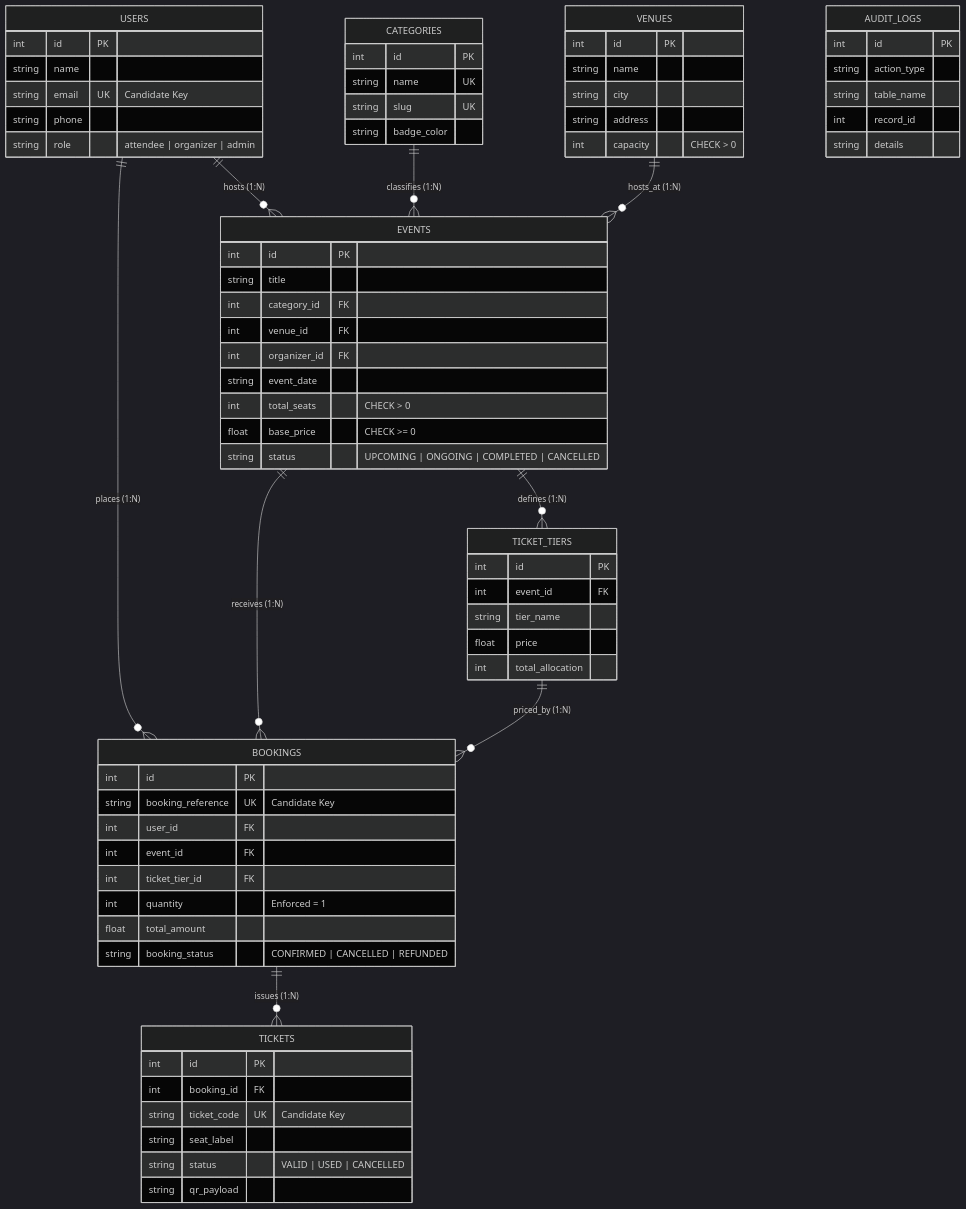
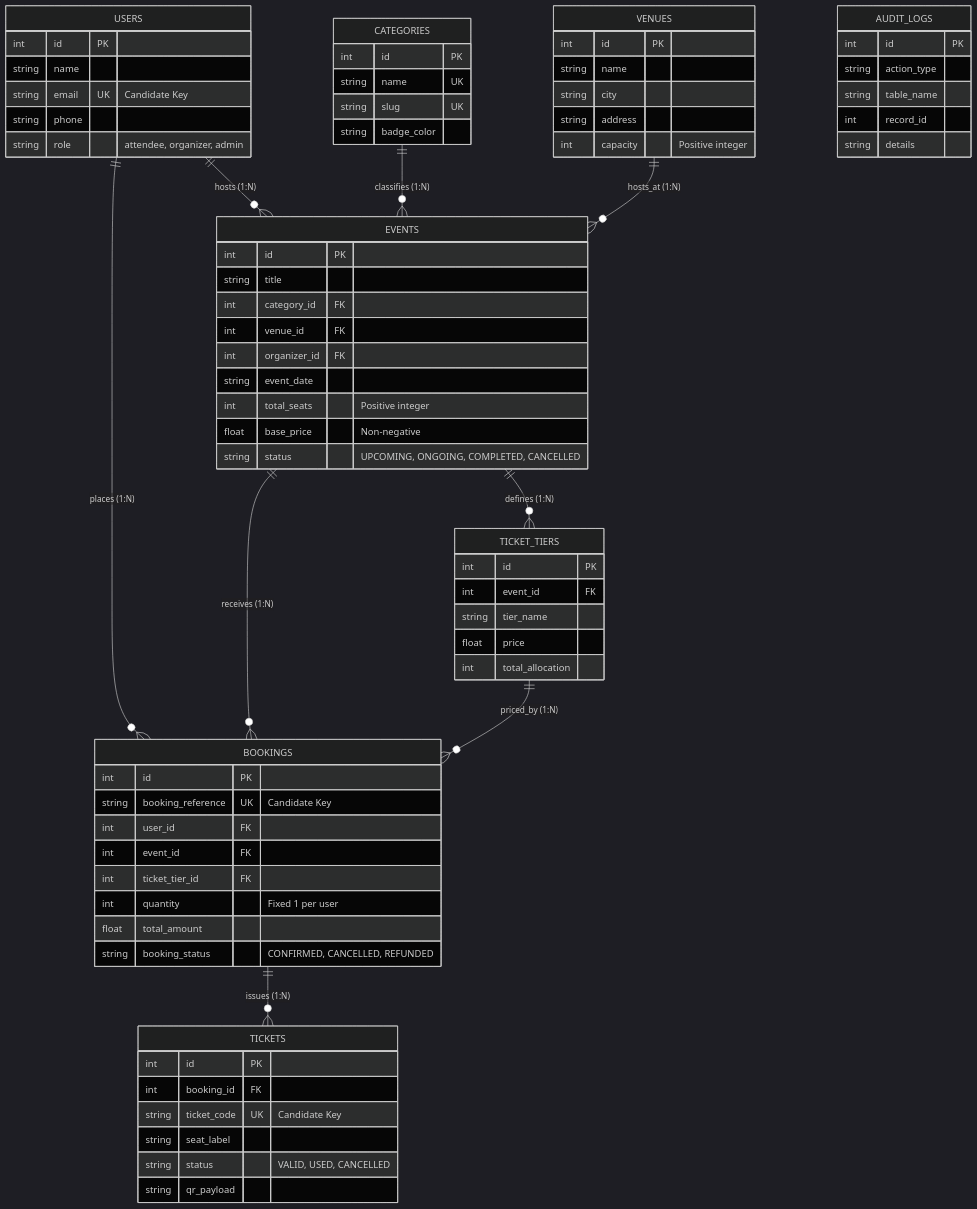
One commit to rawatishan07/EventSphere changed the second of 7 diagrams in README.md. Above: the diagram before and after it, drawn with Mermaid (dark theme). The commit also changed other lines of this file, not shown here.

Commit message:
docs: fix Mermaid syntax (<br/> -> \n, quoted edge labels, clean erDiagram strings) for GitHub rendering

````diff
--- a/README.md
+++ b/README.md
@@ -75,75 +75,75 @@
 ```mermaid
 erDiagram
     USERS ||--o{ EVENTS : "hosts (1:N)"
     CATEGORIES ||--o{ EVENTS : "classifies (1:N)"
     VENUES ||--o{ EVENTS : "hosts_at (1:N)"
     EVENTS ||--o{ TICKET_TIERS : "defines (1:N)"
     USERS ||--o{ BOOKINGS : "places (1:N)"
     EVENTS ||--o{ BOOKINGS : "receives (1:N)"
     TICKET_TIERS ||--o{ BOOKINGS : "priced_by (1:N)"
     BOOKINGS ||--o{ TICKETS : "issues (1:N)"
 
     USERS {
         int id PK
         string name
         string email UK "Candidate Key"
         string phone
-        string role "attendee | organizer | admin"
+        string role "attendee, organizer, admin"
     }
     CATEGORIES {
         int id PK
         string name UK
         string slug UK
         string badge_color
     }
     VENUES {
         int id PK
         string name
         string city
         string address
-        int capacity "CHECK > 0"
+        int capacity "Positive integer"
     }
     EVENTS {
         int id PK
         string title
         int category_id FK
         int venue_id FK
         int organizer_id FK
         string event_date
-        int total_seats "CHECK > 0"
-        float base_price "CHECK >= 0"
-        string status "UPCOMING | ONGOING | COMPLETED | CANCELLED"
+        int total_seats "Positive integer"
+        float base_price "Non-negative"
+        string status "UPCOMING, ONGOING, COMPLETED, CANCELLED"
     }
     TICKET_TIERS {
         int id PK
         int event_id FK
         string tier_name
         float price
         int total_allocation
     }
     BOOKINGS {
         int id PK
         string booking_reference UK "Candidate Key"
         int user_id FK
         int event_id FK
         int ticket_tier_id FK
-        int quantity "Enforced = 1"
+        int quantity "Fixed 1 per user"
         float total_amount
-        string booking_status "CONFIRMED | CANCELLED | REFUNDED"
+        string booking_status "CONFIRMED, CANCELLED, REFUNDED"
     }
     TICKETS {
         int id PK
         int booking_id FK
         string ticket_code UK "Candidate Key"
         string seat_label
-        string status "VALID | USED | CANCELLED"
+        string status "VALID, USED, CANCELLED"
         string qr_payload
     }
     AUDIT_LOGS {
         int id PK
         string action_type
         string table_name
         int record_id
         string details
     }
 ```
````
